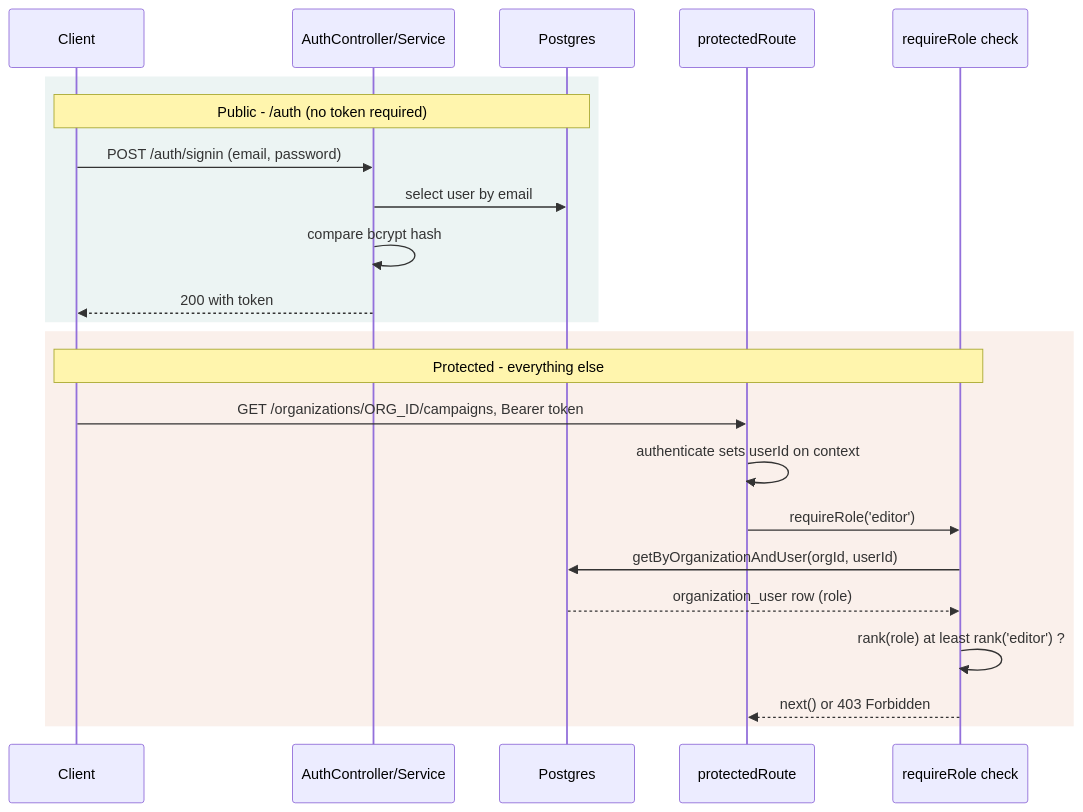
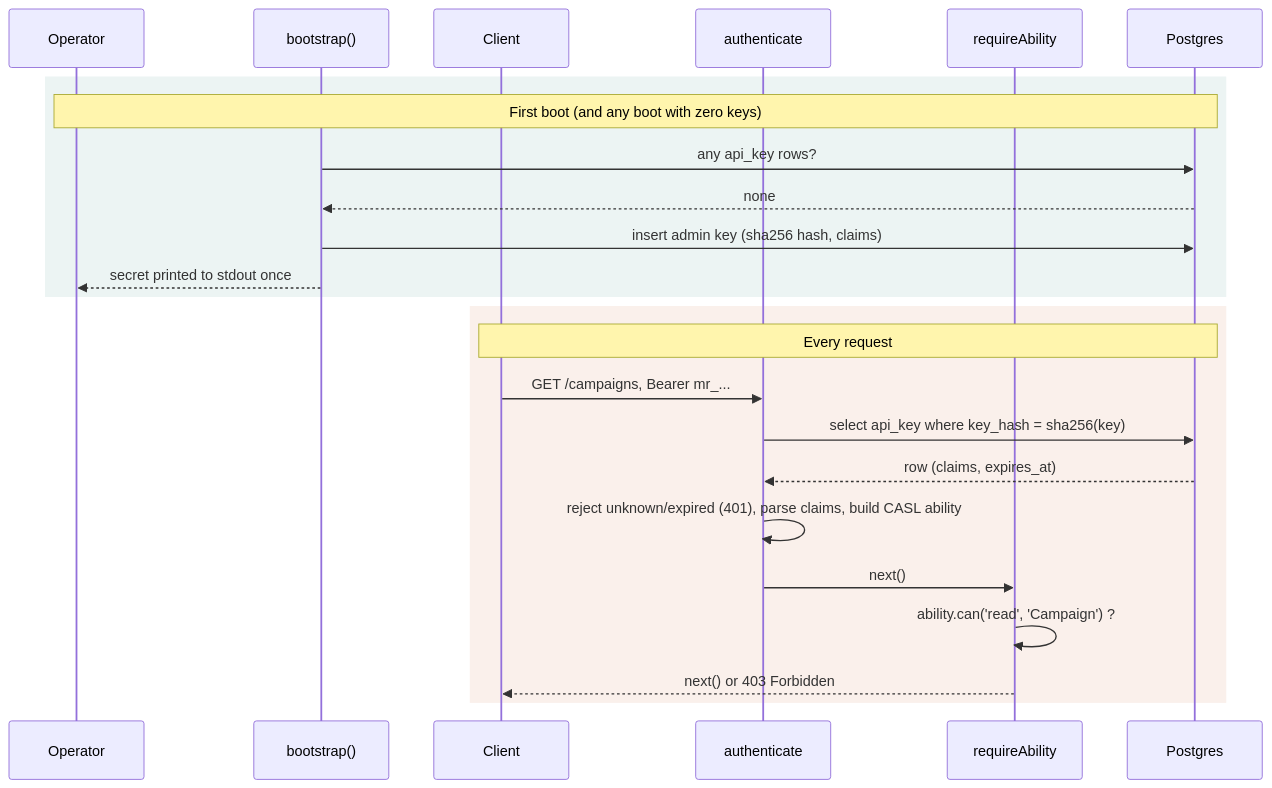
The third of 6 diagrams in bun/api/docs/ARCHITECTURE.md (Abhinav5050649/mail-rocket), drawn with Mermaid before and after one commit. The commit also changed other lines of this file and 129 other files, not shown here.

First line of the commit message:
feat(api): API keys with CASL claims replace users and multi-tenancy

````diff
--- a/bun/api/docs/ARCHITECTURE.md
+++ b/bun/api/docs/ARCHITECTURE.md
@@ -98,27 +98,28 @@
 ```mermaid
 sequenceDiagram
+    participant Op as Operator
+    participant Boot as bootstrap()
     participant C as Client
-    participant Auth as AuthController/Service
+    participant Auth as authenticate
+    participant Ab as requireAbility
     participant DB as Postgres
-    participant Prot as protectedRoute
-    participant Role as requireRole check
 
     rect rgba(15,110,99,0.08)
-    Note over C,DB: Public - /auth (no token required)
-    C->>Auth: POST /auth/signin (email, password)
-    Auth->>DB: select user by email
-    Auth->>Auth: compare bcrypt hash
-    Auth-->>C: 200 with token
+    Note over Op,DB: First boot (and any boot with zero keys)
+    Boot->>DB: any api_key rows?
+    DB-->>Boot: none
+    Boot->>DB: insert admin key (sha256 hash, claims)
+    Boot-->>Op: secret printed to stdout once
     end
 
     rect rgba(194,65,12,0.08)
-    Note over C,Role: Protected - everything else
-    C->>Prot: GET /organizations/ORG_ID/campaigns, Bearer token
-    Prot->>Prot: authenticate sets userId on context
-    Prot->>Role: requireRole('editor')
-    Role->>DB: getByOrganizationAndUser(orgId, userId)
-    DB-->>Role: organization_user row (role)
-    Role->>Role: rank(role) at least rank('editor') ?
-    Role-->>Prot: next() or 403 Forbidden
+    Note over C,DB: Every request
+    C->>Auth: GET /campaigns, Bearer mr_...
+    Auth->>DB: select api_key where key_hash = sha256(key)
+    DB-->>Auth: row (claims, expires_at)
+    Auth->>Auth: reject unknown/expired (401), parse claims, build CASL ability
+    Auth->>Ab: next()
+    Ab->>Ab: ability.can('read', 'Campaign') ?
+    Ab-->>C: next() or 403 Forbidden
     end
 ```
````
